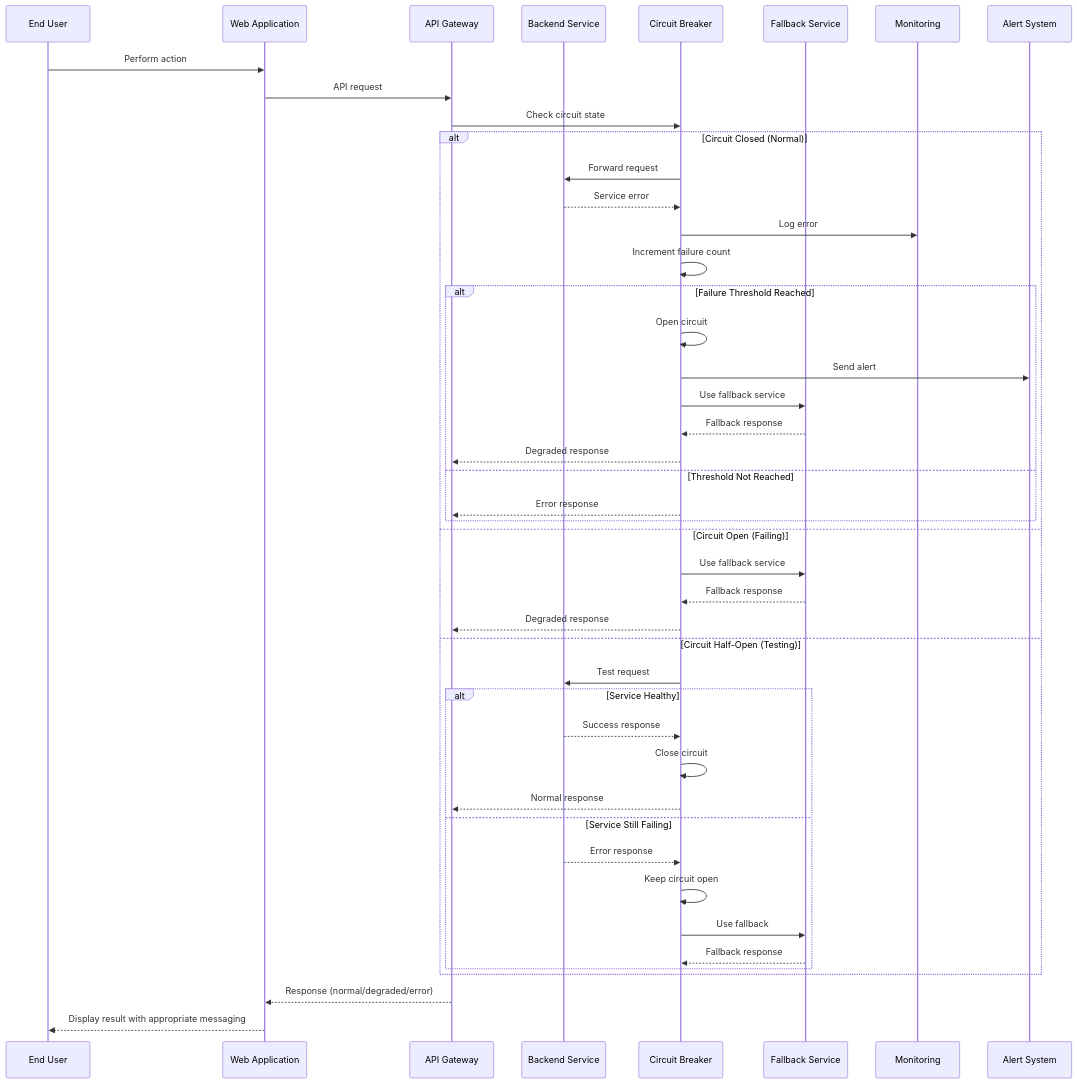
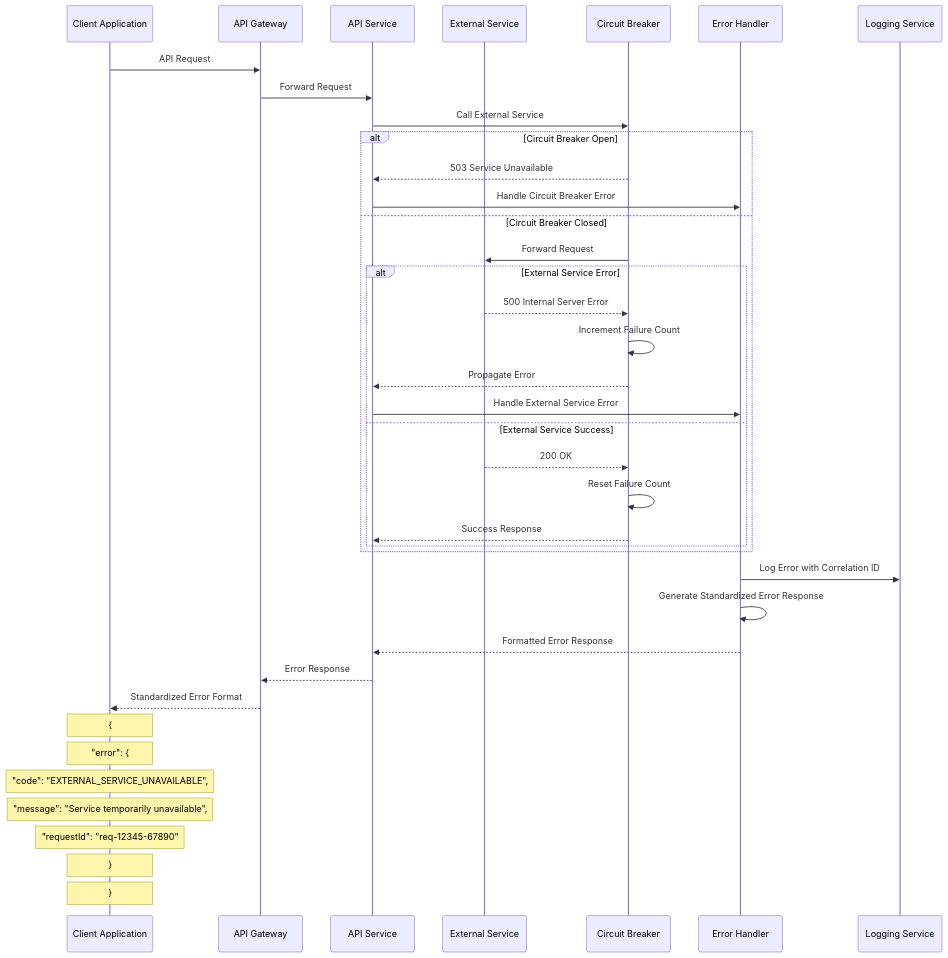
Before and after one commit to ThapaswiASC/SCIB-INCEPTION-PHASE-DEMO: the fifth of 6 diagrams in API Development/Components and Sequence Diagrams/sequence_diagram.md, drawn with Mermaid. The commit also changed other lines of this file and 1 other file, not shown here.

````diff
--- a/API Development/Components and Sequence Diagrams/sequence_diagram.md
+++ b/API Development/Components and Sequence Diagrams/sequence_diagram.md
@@ -249,51 +232,48 @@
 ```mermaid
 sequenceDiagram
-    participant User as End User
-    participant WebApp as Web Application
-    participant API as API Gateway
-    participant Service as Backend Service
-    participant Circuit as Circuit Breaker
-    participant Fallback as Fallback Service
-    participant Monitor as Monitoring
-    participant Alert as Alert System
+    participant Client as Client Application
+    participant APIGateway as API Gateway
+    participant APIService as API Service
+    participant ExternalSvc as External Service
+    participant CircuitBreaker as Circuit Breaker
+    participant ErrorHandler as Error Handler
+    participant LoggingService as Logging Service
+
+    Client->>APIGateway: API Request
+    APIGateway->>APIService: Forward Request
     
-    User->>WebApp: Perform action
-    WebApp->>API: API request
-    API->>Circuit: Check circuit state
+    APIService->>CircuitBreaker: Call External Service
     
-    alt Circuit Closed (Normal)
-        Circuit->>Service: Forward request
-        Service-->>Circuit: Service error
-        Circuit->>Monitor: Log error
-        Circuit->>Circuit: Increment failure count
+    alt Circuit Breaker Open
+        CircuitBreaker-->>APIService: 503 Service Unavailable
+        APIService->>ErrorHandler: Handle Circuit Breaker Error
+    else Circuit Breaker Closed
+        CircuitBreaker->>ExternalSvc: Forward Request
         
-        alt Failure Threshold Reached
-            Circuit->>Circuit: Open circuit
-            Circuit->>Alert: Send alert
-            Circuit->>Fallback: Use fallback service
-            Fallback-->>Circuit: Fallback response
-            Circuit-->>API: Degraded response
-        else Threshold Not Reached
-            Circuit-->>API: Error response
-        end
-    else Circuit Open (Failing)
-        Circuit->>Fallback: Use fallback service
-        Fallback-->>Circuit: Fallback response
-        Circuit-->>API: Degraded response
-    else Circuit Half-Open (Testing)
-        Circuit->>Service: Test request
-        alt Service Healthy
-            Service-->>Circuit: Success response
-            Circuit->>Circuit: Close circuit
-            Circuit-->>API: Normal response
-        else Service Still Failing
-            Service-->>Circuit: Error response
-            Circuit->>Circuit: Keep circuit open
-            Circuit->>Fallback: Use fallback
-            Fallback-->>Circuit: Fallback response
+        alt External Service Error
+            ExternalSvc-->>CircuitBreaker: 500 Internal Server Error
+            CircuitBreaker->>CircuitBreaker: Increment Failure Count
+            CircuitBreaker-->>APIService: Propagate Error
+            APIService->>ErrorHandler: Handle External Service Error
+        else External Service Success
+            ExternalSvc-->>CircuitBreaker: 200 OK
+            CircuitBreaker->>CircuitBreaker: Reset Failure Count
+            CircuitBreaker-->>APIService: Success Response
         end
     end
     
-    API-->>WebApp: Response (normal/degraded/error)
-    WebApp-->>User: Display result with appropriate messaging
+    ErrorHandler->>LoggingService: Log Error with Correlation ID
+    ErrorHandler->>ErrorHandler: Generate Standardized Error Response
+    
+    ErrorHandler-->>APIService: Formatted Error Response
+    APIService-->>APIGateway: Error Response
+    APIGateway-->>Client: Standardized Error Format
+    
+    Note over Client: {
+    Note over Client:   "error": {
+    Note over Client:     "code": "EXTERNAL_SERVICE_UNAVAILABLE",
+    Note over Client:     "message": "Service temporarily unavailable",
+    Note over Client:     "requestId": "req-12345-67890"
+    Note over Client:   }
+    Note over Client: }
 ```
````
